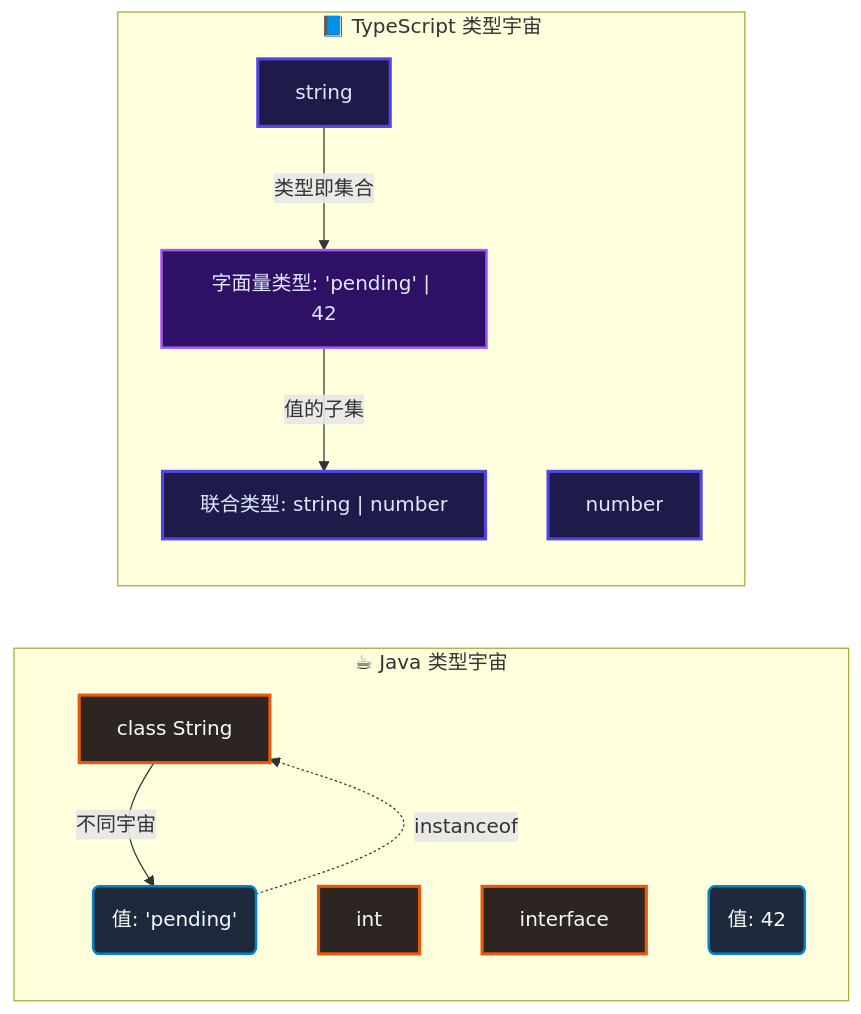
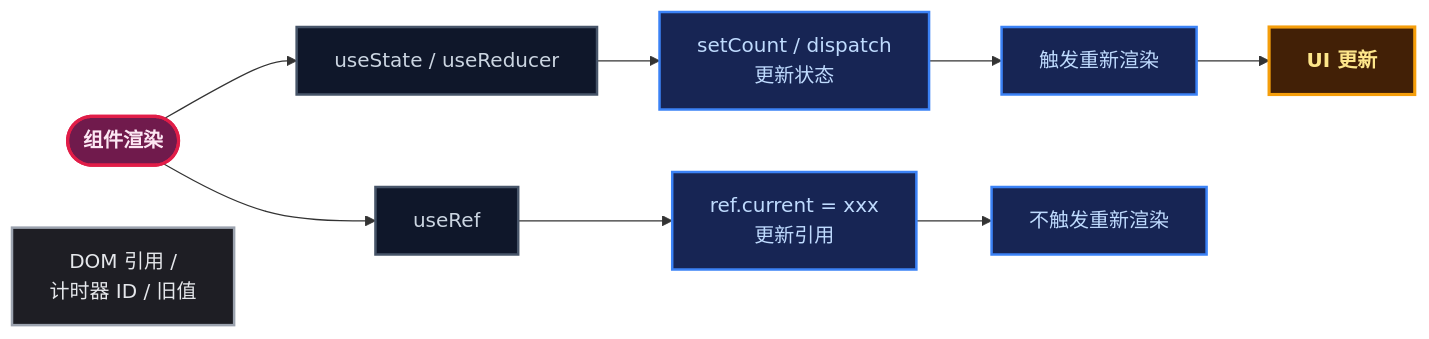
One commit to yaocat55/yaocat55.github.io changed the second of 4 diagrams in content/posts/frontend/JavaTsComparison.md. Above: the diagram before and after it, drawn with Mermaid. The commit also changed other lines of this file, not shown here.

Commit message:
refactor: 按新大纲重写 Java/Go→React 对比博客，新增 2.4/2.5/2.6 和 3.3/3.4/3.5，删除 CrudTable，精简对照表

````diff
--- a/content/posts/frontend/JavaTsComparison.md
+++ b/content/posts/frontend/JavaTsComparison.md
@@ -87,35 +607,33 @@
 ```mermaid
 flowchart LR
-    subgraph JAVA["☕ Java 类型宇宙"]
-        direction TB
-        JClass["class String"]
-        JInt["int"]
-        JInterface["interface"]
-        JVal1("值: 'pending'")
-        JVal2("值: 42")
-    end
+    START(["组件渲染"])
+    STATE["useState / useReducer"]
+    REF["useRef"]
+    STATE_UPDATE["setCount / dispatch\n更新状态"]
+    RE_RENDER["触发重新渲染"]
+    REF_UPDATE["ref.current = xxx\n更新引用"]
+    NO_RENDER["不触发重新渲染"]
+    UI_UPDATE["UI 更新"]
+    DOM_REF["DOM 引用 /\n计时器 ID / 旧值"]
 
-    subgraph TS["📘 TypeScript 类型宇宙"]
-        direction TB
-        TSString["string"]
-        TSNumber["number"]
-        TSLiteral["字面量类型: 'pending' | 42"]
-        TSUnion["联合类型: string | number"]
-    end
+    START --> STATE
+    START --> REF
+    STATE --> STATE_UPDATE
+    STATE_UPDATE --> RE_RENDER
+    RE_RENDER --> UI_UPDATE
+    REF --> REF_UPDATE
+    REF_UPDATE --> NO_RENDER
 
-    JClass -->|"不同宇宙"| JVal1
-    JVal1 -.->|"instanceof"| JClass
+    classDef startEnd fill:#701a4c,stroke:#e11d48,stroke-width:2.5px,color:#fce7f3,font-weight:bold;
+    classDef data fill:#172554,stroke:#3b82f6,stroke-width:2px,color:#bfdbfe;
+    classDef highlight fill:#422006,stroke:#f59e0b,stroke-width:2.5px,color:#fde68a,font-weight:bold;
+    classDef reject fill:#3b1119,stroke:#dc2626,stroke-width:2px,color:#fca5a5;
+    classDef leaf fill:#1e1e24,stroke:#9ca3af,stroke-width:2px,color:#e5e7eb;
+    classDef root fill:#0f172a,stroke:#475569,stroke-width:2px,color:#cbd5e1;
 
-    TSString -->|"类型即集合"| TSLiteral
-    TSLiteral -->|"值的子集"| TSUnion
-
-    classDef javaType fill:#2d2522,stroke:#ea580c,stroke-width:2.5px,color:#f8fafc;
-    classDef javaVal fill:#1e293b,stroke:#0284c7,stroke-width:2px,color:#f8fafc;
-    classDef tsType fill:#1e1b4b,stroke:#4f46e5,stroke-width:2.5px,color:#e0e7ff;
-    classDef tsLiteral fill:#2e1065,stroke:#a855f7,stroke-width:2px,color:#e0e7ff;
-
-    class JClass,JInt,JInterface javaType;
-    class JVal1,JVal2 javaVal;
-    class TSString,TSNumber,TSUnion tsType;
-    class TSLiteral tsLiteral;
+    class START startEnd;
+    class STATE,REF root;
+    class STATE_UPDATE,RE_RENDER,REF_UPDATE,NO_RENDER data;
+    class UI_UPDATE highlight;
+    class DOM_REF leaf;
 ```
````
